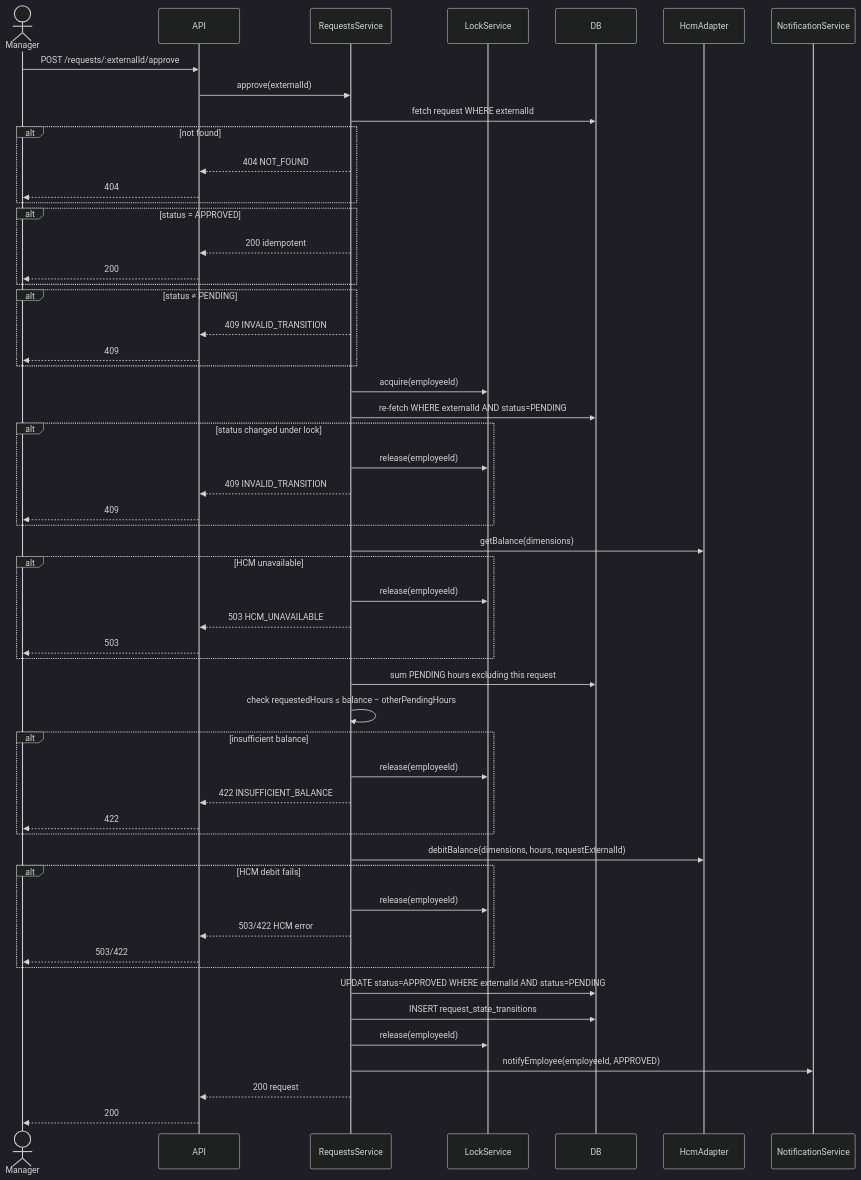
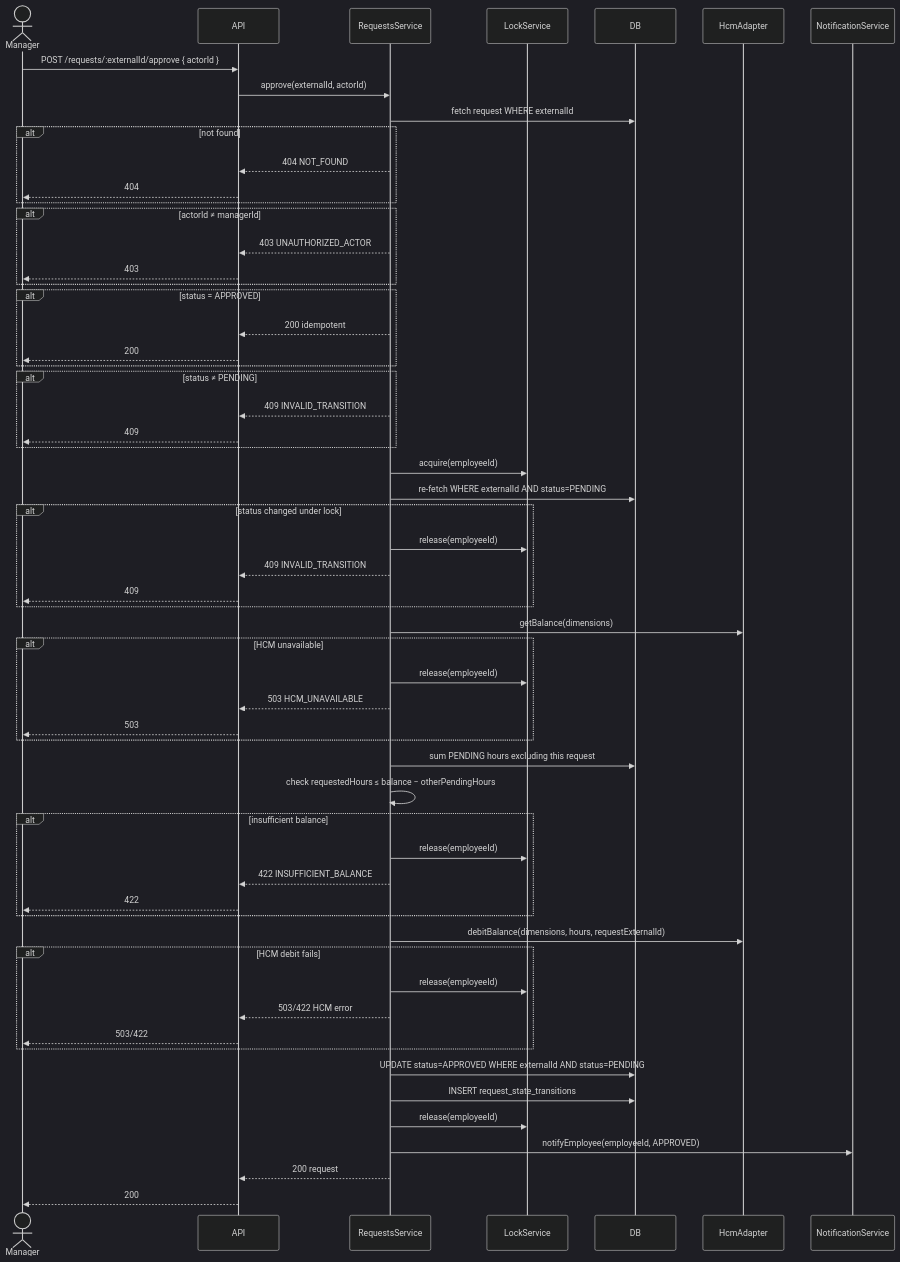
One commit to jayanth-veeravalli/time-off-service changed the fifth of 10 diagrams in docs/TRD.md. Above: the diagram before and after it, drawn with Mermaid (dark theme). The commit also changed other lines of this file and 111 other files, not shown here.

````diff
--- a/docs/TRD.md
+++ b/docs/TRD.md
@@ -698,57 +727,61 @@
 ```mermaid
 sequenceDiagram
     actor Manager
     participant API
     participant RequestsService
     participant LockService
     participant DB
     participant HcmAdapter
 
-    Manager->>API: POST /requests/:externalId/approve
-    API->>RequestsService: approve(externalId)
+    Manager->>API: POST /requests/:externalId/approve { actorId }
+    API->>RequestsService: approve(externalId, actorId)
     RequestsService->>DB: fetch request WHERE externalId
     alt not found
         RequestsService-->>API: 404 NOT_FOUND
         API-->>Manager: 404
+    end
+    alt actorId ≠ managerId
+        RequestsService-->>API: 403 UNAUTHORIZED_ACTOR
+        API-->>Manager: 403
     end
     alt status = APPROVED
         RequestsService-->>API: 200 idempotent
         API-->>Manager: 200
     end
     alt status ≠ PENDING
         RequestsService-->>API: 409 INVALID_TRANSITION
         API-->>Manager: 409
     end
     RequestsService->>LockService: acquire(employeeId)
     RequestsService->>DB: re-fetch WHERE externalId AND status=PENDING
     alt status changed under lock
         RequestsService->>LockService: release(employeeId)
         RequestsService-->>API: 409 INVALID_TRANSITION
         API-->>Manager: 409
     end
     RequestsService->>HcmAdapter: getBalance(dimensions)
     alt HCM unavailable
         RequestsService->>LockService: release(employeeId)
         RequestsService-->>API: 503 HCM_UNAVAILABLE
         API-->>Manager: 503
     end
     RequestsService->>DB: sum PENDING hours excluding this request
     RequestsService->>RequestsService: check requestedHours ≤ balance − otherPendingHours
     alt insufficient balance
         RequestsService->>LockService: release(employeeId)
         RequestsService-->>API: 422 INSUFFICIENT_BALANCE
         API-->>Manager: 422
     end
     RequestsService->>HcmAdapter: debitBalance(dimensions, hours, requestExternalId)
     alt HCM debit fails
         RequestsService->>LockService: release(employeeId)
         RequestsService-->>API: 503/422 HCM error
         API-->>Manager: 503/422
     end
     RequestsService->>DB: UPDATE status=APPROVED WHERE externalId AND status=PENDING
     RequestsService->>DB: INSERT request_state_transitions
     RequestsService->>LockService: release(employeeId)
     RequestsService->>NotificationService: notifyEmployee(employeeId, APPROVED)
     RequestsService-->>API: 200 request
     API-->>Manager: 200
 ```
````
